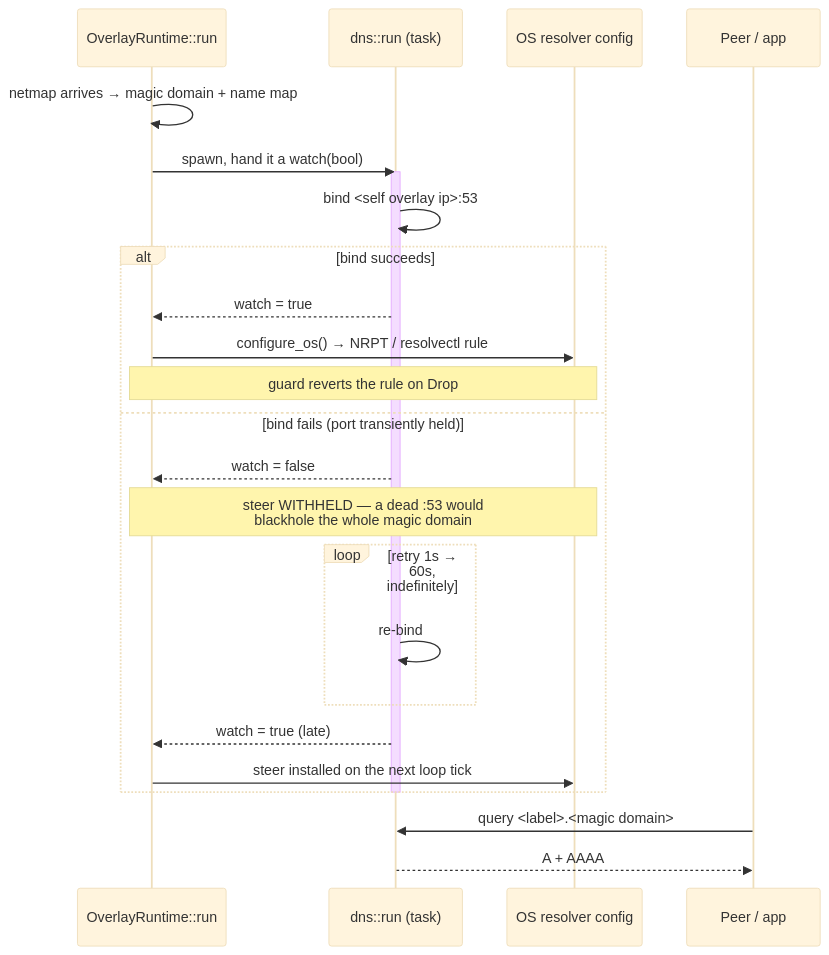
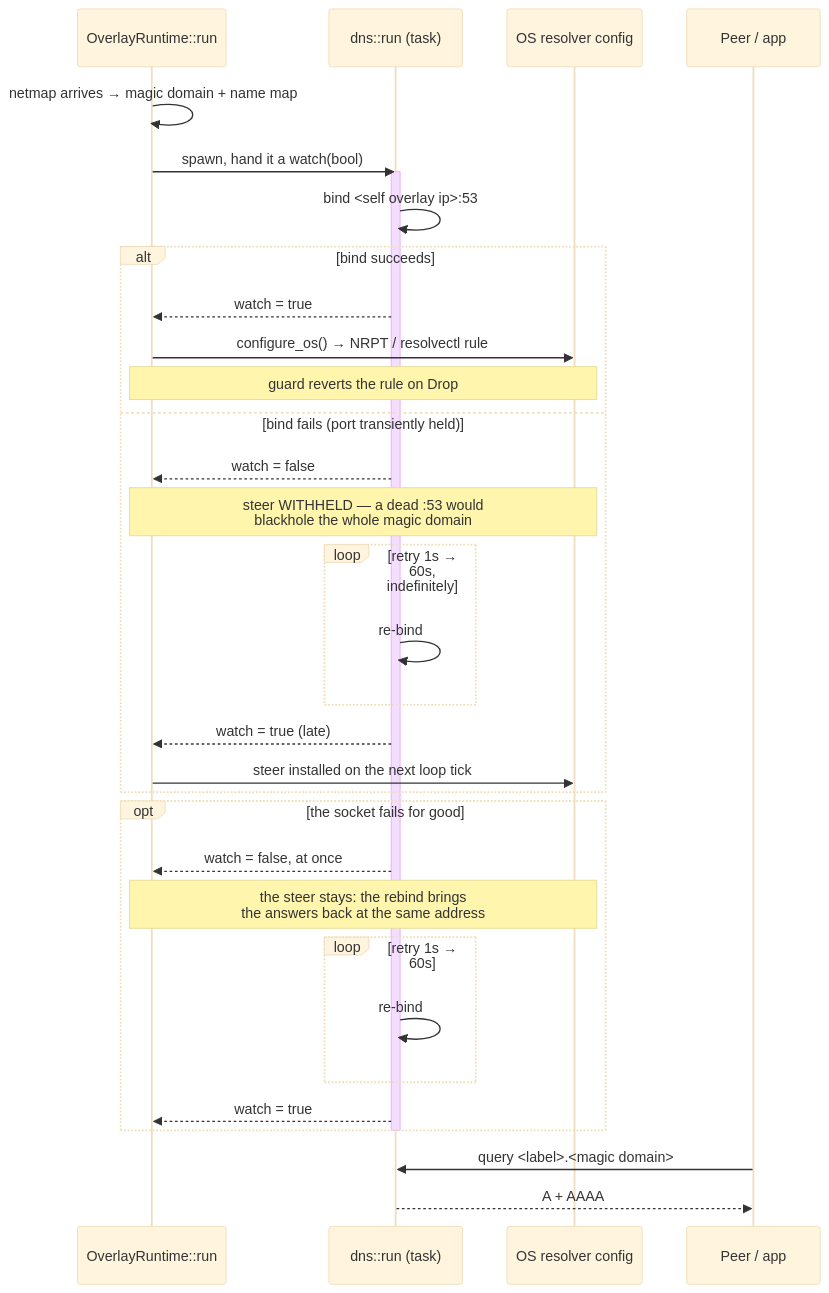
The first of 3 diagrams in docs/magicdns.md (gjovanov/roomler-ai), drawn with Mermaid (base theme) before and after one commit. The commit also changed other lines of this file and 36 other files, not shown here.

````diff
--- a/docs/magicdns.md
+++ b/docs/magicdns.md
@@ -43,28 +50,36 @@
 ```mermaid
 sequenceDiagram
     participant R as OverlayRuntime::run
     participant D as dns::run (task)
     participant OS as OS resolver config
     participant P as Peer / app
 
     R->>R: netmap arrives → magic domain + name map
     R->>D: spawn, hand it a watch(bool)
     activate D
     D->>D: bind <self overlay ip>:53
     alt bind succeeds
         D-->>R: watch = true
         R->>OS: configure_os() → NRPT / resolvectl rule
         Note over R,OS: guard reverts the rule on Drop
     else bind fails (port transiently held)
         D-->>R: watch = false
         Note over R,OS: steer WITHHELD — a dead :53 would<br/>blackhole the whole magic domain
         loop retry 1s → 60s, indefinitely
             D->>D: re-bind
         end
         D-->>R: watch = true (late)
         R->>OS: steer installed on the next loop tick
     end
+    opt the socket fails for good
+        D-->>R: watch = false, at once
+        Note over R,OS: the steer stays: the rebind brings<br/>the answers back at the same address
+        loop retry 1s → 60s
+            D->>D: re-bind
+        end
+        D-->>R: watch = true
+    end
     deactivate D
     P->>D: query <label>.<magic domain>
     D-->>P: A + AAAA
 ```
````
